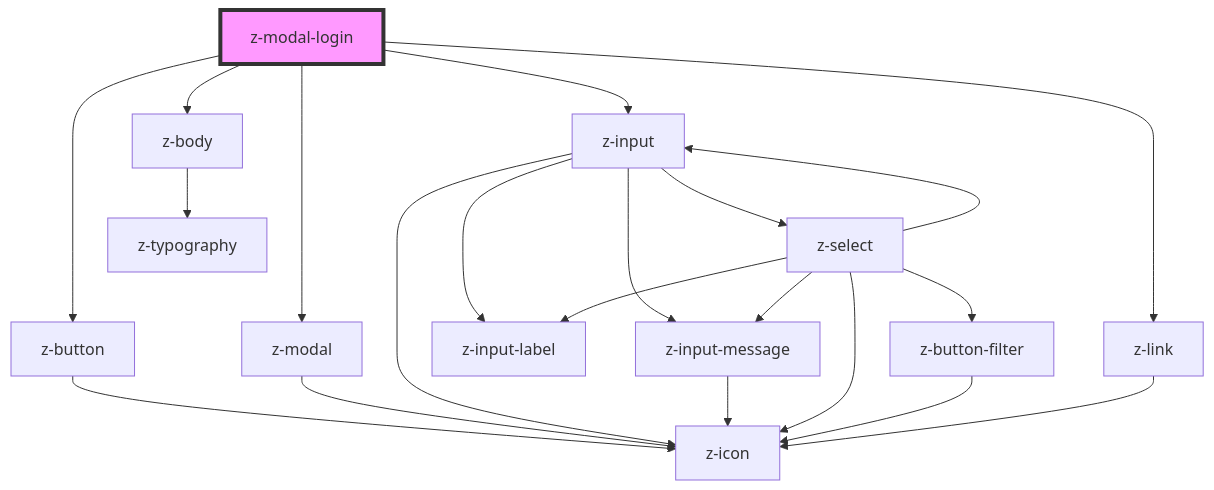
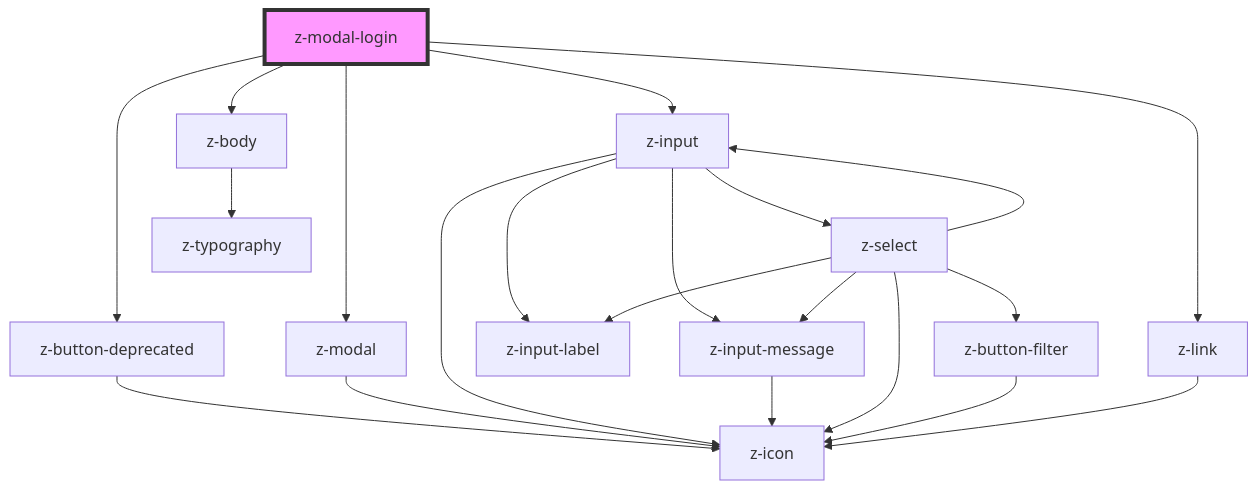
One commit to ZanichelliEditore/design-system changed the diagram in src/components/modal/z-modal-login/readme.md. Above: the diagram before and after it, drawn with Mermaid. The commit also changed other lines of this file and 61 other files, not shown here.

Commit message:
chore: use z-button-deprecated

````diff
--- a/src/components/modal/z-modal-login/readme.md
+++ b/src/components/modal/z-modal-login/readme.md
@@ -49,24 +49,24 @@
 ```mermaid
 graph TD;
-  z-modal-login --> z-button
+  z-modal-login --> z-button-deprecated
   z-modal-login --> z-modal
   z-modal-login --> z-input
   z-modal-login --> z-link
   z-modal-login --> z-body
-  z-button --> z-icon
+  z-button-deprecated --> z-icon
   z-modal --> z-icon
   z-input --> z-input-label
   z-input --> z-icon
   z-input --> z-input-message
   z-input --> z-select
   z-input-message --> z-icon
   z-select --> z-input-label
   z-select --> z-input
   z-select --> z-button-filter
   z-select --> z-icon
   z-select --> z-input-message
   z-button-filter --> z-icon
   z-link --> z-icon
   z-body --> z-typography
   style z-modal-login fill:#f9f,stroke:#333,stroke-width:4px
 ```
````
